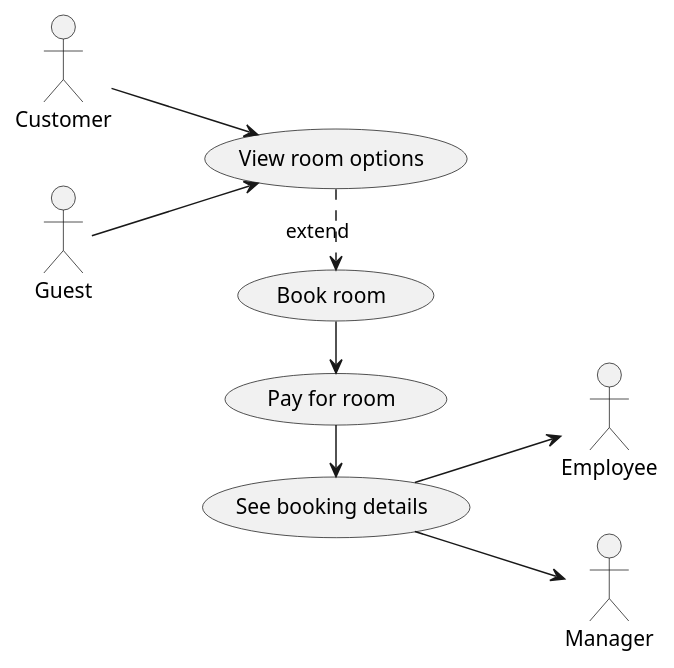
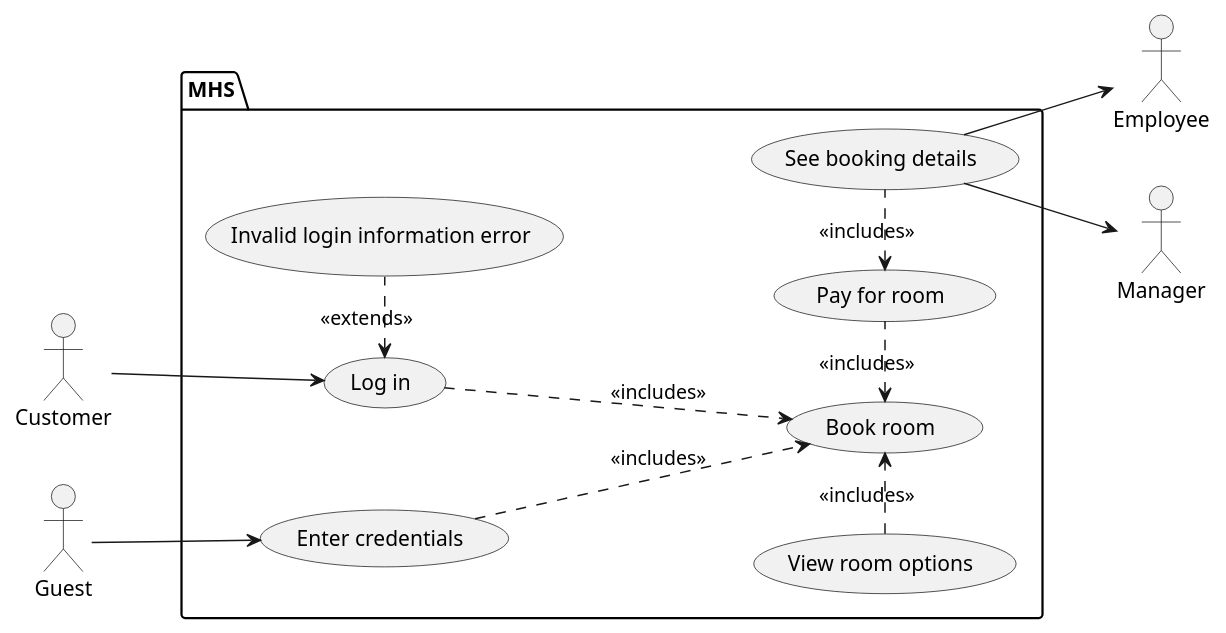
The diagram in documentation/UMLCodes/FR2UCDiagram.plantuml (notkaramel/ECSE321-Mar1HotelSystem), drawn with PlantUML before and after one commit.

Commit message:
updated the UC diagram from FR2

```diff
--- a/documentation/UMLCodes/FR2UCDiagram.plantuml
+++ b/documentation/UMLCodes/FR2UCDiagram.plantuml
@@ -1,28 +1,36 @@
 @startuml CustomerUC
 'title FR2 - The MHS system shall allow a customer with or without an account to book a
 'specific room type and pay for their room booking
 
 left to right direction
 
 'Actor
 :Customer: as customer
 :Employee: as employee
 :Manager: as manager
 :Guest: as guest
 
 'Use cases
-(Book room) as UC1
-(View room options) as UC2
-(Pay for room) as UC3
-(See booking details) as UC4
+package MHS {
+    (Book room) as UC1
+    (View room options) as UC2
+    (Pay for room) as UC3
+    (See booking details) as UC4
+    (Log in) as UC5
+    (Enter credentials) as UC6
+    (Invalid login information error) as UC7
+}
 
 'Associations
-customer --> UC2
-UC2 -right.> UC1: extend
-UC1 -right-> UC3
-UC3 -right-> UC4
-guest --> UC2
+customer --> UC5
+UC2 -right.> UC1: <<includes>>
+UC3 -left.> UC1: <<includes>>
+UC4 -left.> UC3: <<includes>>
+guest --> UC6
 UC4 --> manager
 UC4 --> employee
+UC7 -left.> UC5: <<extends>>
+UC5 -.> UC1: <<includes>>
+UC6 -.> UC1: <<includes>>
 
 @enduml
```
